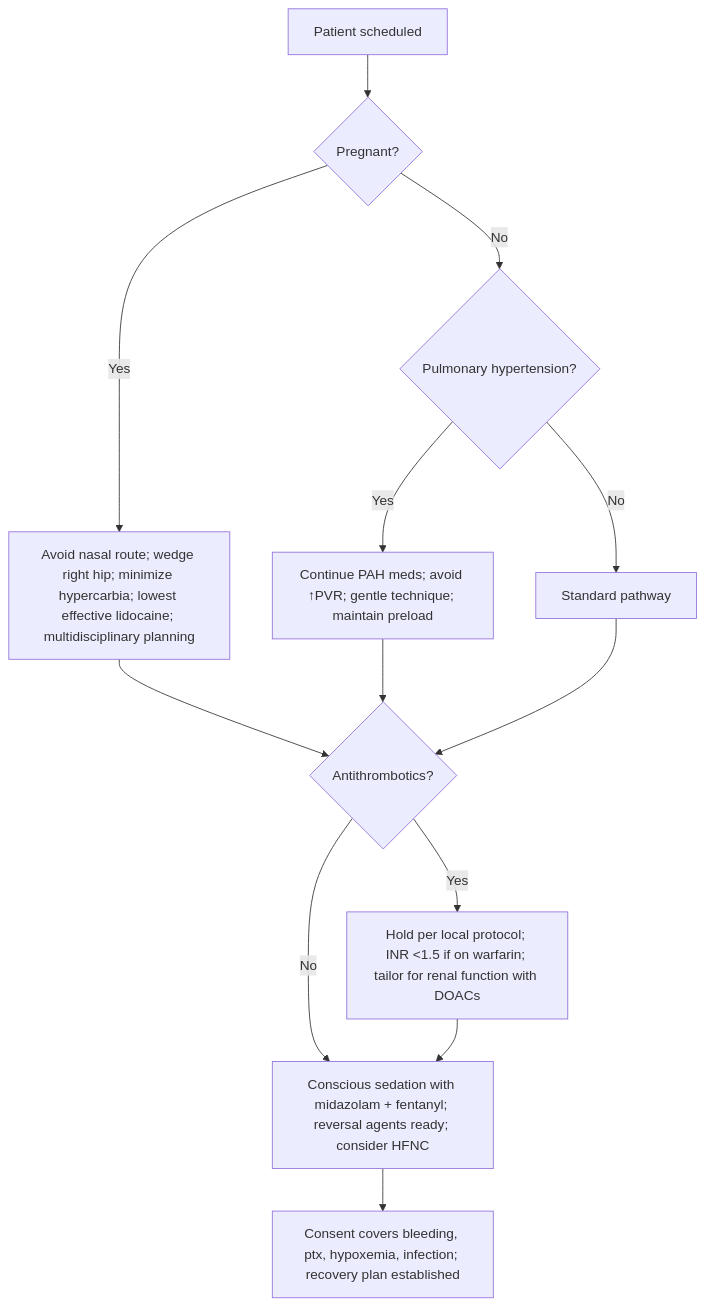
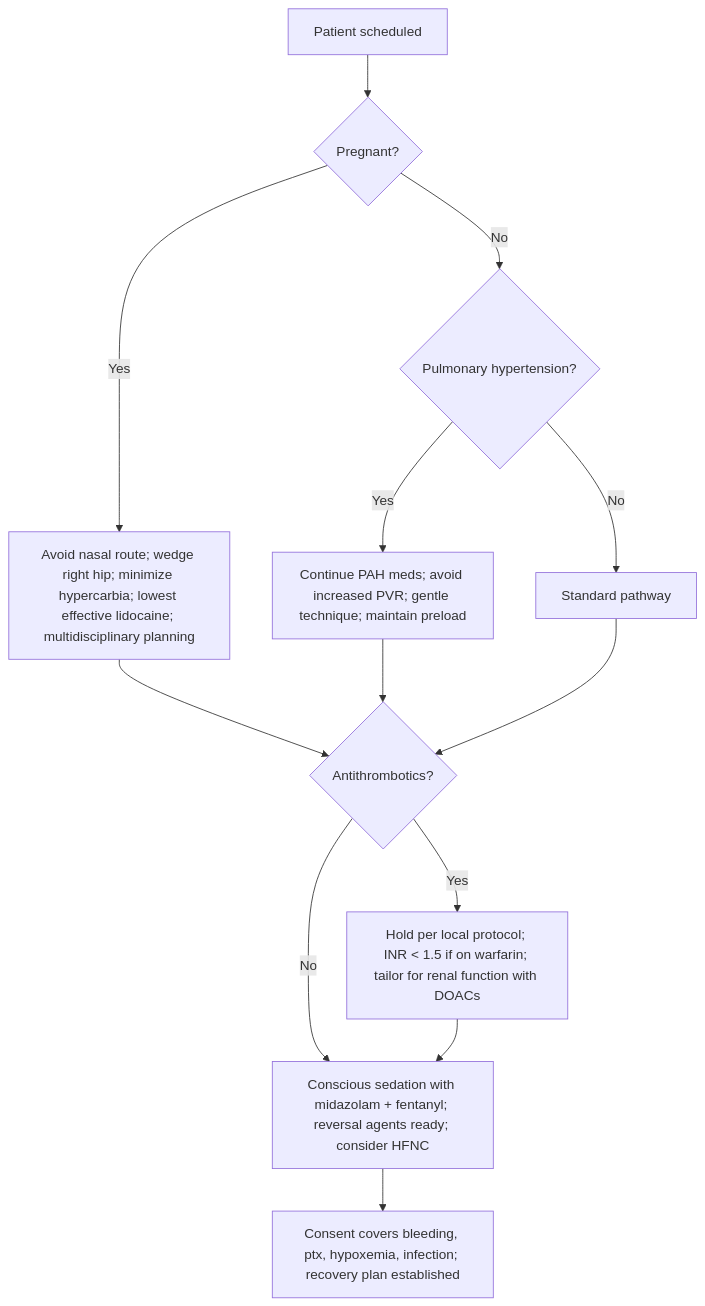
Before and after one commit to russellmiller49/Interventional-Pulm-Education-Project: the second of 2 diagrams in content/modules/board/bronchoscopy-in-high-risk-patients-and-complications-in-bronchoscopy.mdx, drawn with Mermaid. The commit also changed other lines of this file and 45 other files, not shown here.

````diff
--- a/content/modules/board/bronchoscopy-in-high-risk-patients-and-complications-in-bronchoscopy.mdx
+++ b/content/modules/board/bronchoscopy-in-high-risk-patients-and-complications-in-bronchoscopy.mdx
@@ -191,15 +162,15 @@
 ```mermaid
-flowchart TD
-A[Patient scheduled] --> B{Pregnant?}
-B -->|Yes| B1[Avoid nasal route; wedge right hip; minimize hypercarbia; lowest effective lidocaine; multidisciplinary planning]
-B -->|No| C{Pulmonary hypertension?}
-C -->|Yes| C1[Continue PAH meds; avoid ↑PVR; gentle technique; maintain preload]
-C -->|No| D[Standard pathway]
-B1 --> E
-C1 --> E
-D --> E{Antithrombotics?}
-E -->|Yes| F[Hold per local protocol; INR &lt;1.5 if on warfarin; tailor for renal function with DOACs]
-E -->|No| G
-F --> G[Conscious sedation with midazolam + fentanyl; reversal agents ready; consider HFNC]
-G --> H[Consent covers bleeding, ptx, hypoxemia, infection; recovery plan established]
+graph TD
+    A["Patient scheduled"] --> B{"Pregnant?"}
+    B -- Yes --> B1["Avoid nasal route; wedge right hip; minimize hypercarbia; lowest effective lidocaine; multidisciplinary planning"]
+    B -- No --> C{"Pulmonary hypertension?"}
+    C -- Yes --> C1["Continue PAH meds; avoid increased PVR; gentle technique; maintain preload"]
+    C -- No --> D["Standard pathway"]
+    B1 --> E{"Antithrombotics?"}
+    C1 --> E
+    D --> E
+    E -- Yes --> F["Hold per local protocol; INR < 1.5 if on warfarin; tailor for renal function with DOACs"]
+    E -- No --> G["Conscious sedation with midazolam + fentanyl; reversal agents ready; consider HFNC"]
+    F --> G
+    G --> H["Consent covers bleeding, ptx, hypoxemia, infection; recovery plan established"]
 ```
````
